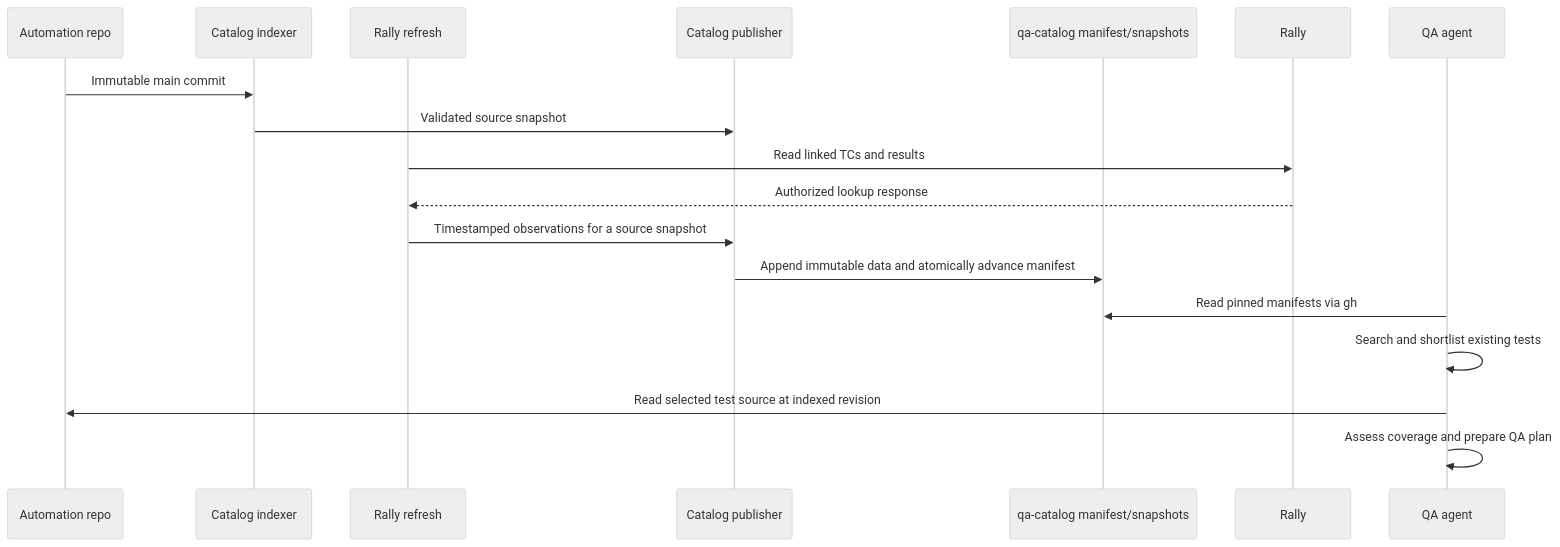
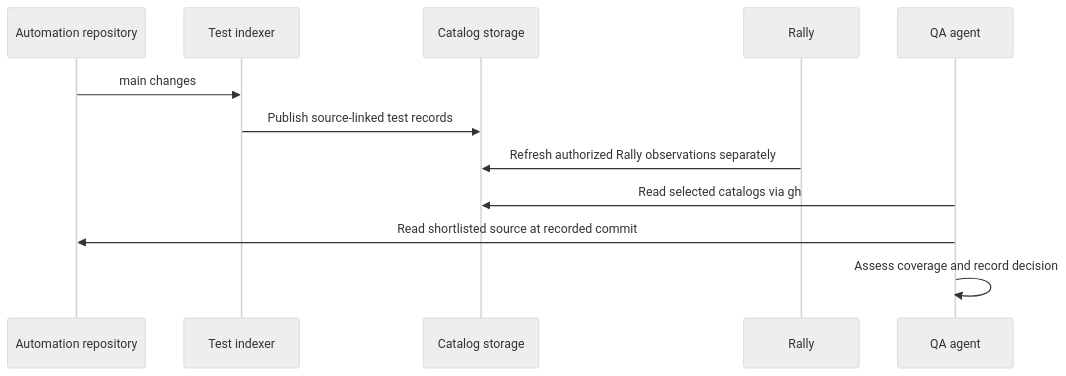
Before and after one commit to ghostlives/qa-catalog-indexing-architecture: the second of 2 diagrams in docs/03-reference-architecture.md, drawn with Mermaid (neutral theme). The commit also changed other lines of this file and 8 other files, not shown here.

````diff
--- a/docs/03-reference-architecture.md
+++ b/docs/03-reference-architecture.md
@@ -125,21 +106,15 @@
 ```mermaid
 sequenceDiagram
-    participant Repo as Automation repo
-    participant Index as Catalog indexer
-    participant Refresh as Rally refresh
-    participant Pub as Catalog publisher
-    participant Cat as qa-catalog manifest/snapshots
+    participant Repo as Automation repository
+    participant CI as Test indexer
+    participant Catalog as Catalog storage
     participant Rally as Rally
-    participant Agent as QA agent
+    participant QA as QA agent
 
-    Repo->>Index: Immutable main commit
-    Index->>Pub: Validated source snapshot
-    Refresh->>Rally: Read linked TCs and results
-    Rally-->>Refresh: Authorized lookup response
-    Refresh->>Pub: Timestamped observations for a source snapshot
-    Pub->>Cat: Append immutable data and atomically advance manifest
-    Agent->>Cat: Read pinned manifests via gh
-    Agent->>Agent: Search and shortlist existing tests
-    Agent->>Repo: Read selected test source at indexed revision
-    Agent->>Agent: Assess coverage and prepare QA plan
+    Repo->>CI: main changes
+    CI->>Catalog: Publish source-linked test records
+    Rally->>Catalog: Refresh authorized Rally observations separately
+    QA->>Catalog: Read selected catalogs via gh
+    QA->>Repo: Read shortlisted source at recorded commit
+    QA->>QA: Assess coverage and record decision
 ```
````
